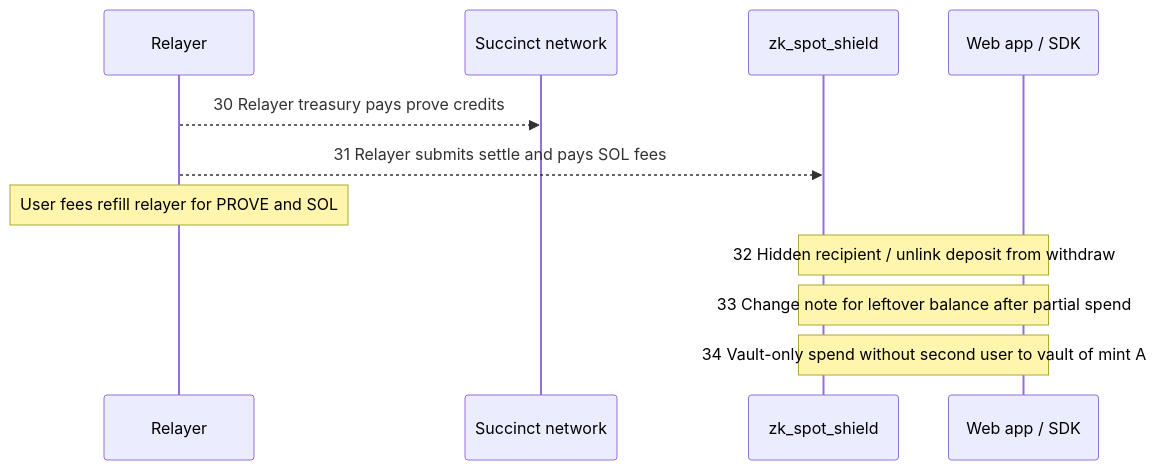
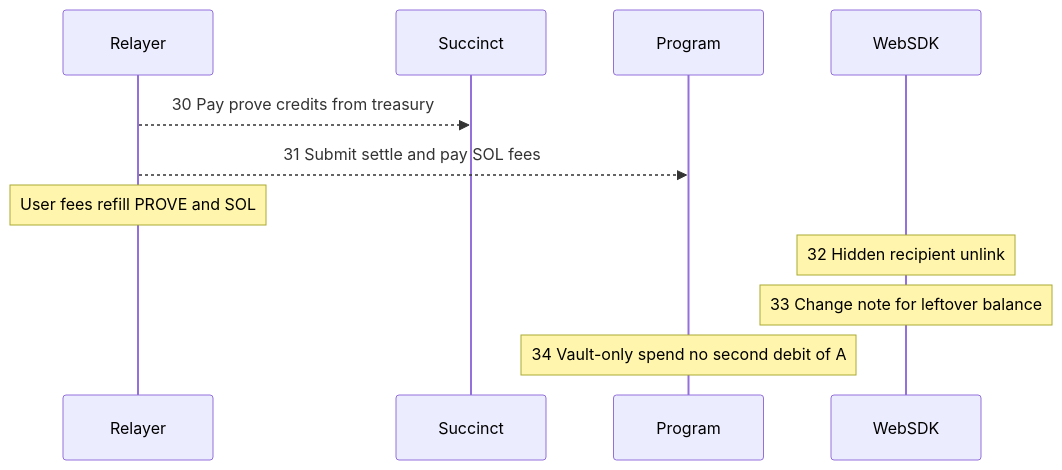
The sixth of 7 diagrams in docs/architecture.md (pprogrammingg/zk-spot-shield), drawn with Mermaid before and after one commit. The commit also changed other lines of this file and 6 other files, not shown here.

````diff
--- a/docs/architecture.md
+++ b/docs/architecture.md
@@ -159,14 +162,13 @@
 ```mermaid
 sequenceDiagram
-    participant Rel as Relayer
-    participant Net as Succinct network
-    participant Prog as zk_spot_shield
-    participant W as Web app / SDK
-
-    Rel-->>Net: 30 Relayer treasury pays prove credits
-    Rel-->>Prog: 31 Relayer submits settle and pays SOL fees
-    Note over Rel: User fees refill relayer for PROVE and SOL
-    Note over W,Prog: 32 Hidden recipient / unlink deposit from withdraw
-    Note over W,Prog: 33 Change note for leftover balance after partial spend
-    Note over W,Prog: 34 Vault-only spend without second user to vault of mint A
+  participant Rel as Relayer
+  participant Net as Succinct
+  participant Prog as Program
+  participant W as WebSDK
+  Rel-->>Net: 30 Pay prove credits from treasury
+  Rel-->>Prog: 31 Submit settle and pay SOL fees
+  Note over Rel: User fees refill PROVE and SOL
+  Note over W: 32 Hidden recipient unlink
+  Note over W: 33 Change note for leftover balance
+  Note over Prog: 34 Vault-only spend no second debit of A
 ```
````
